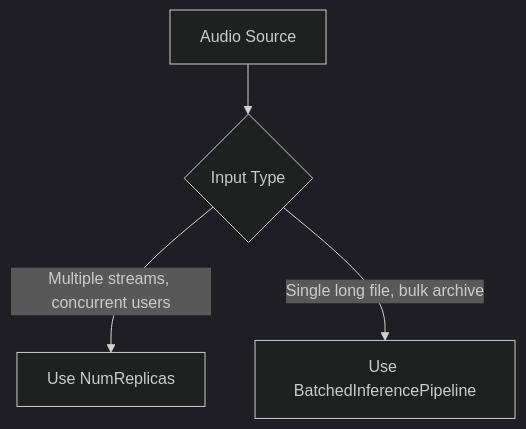
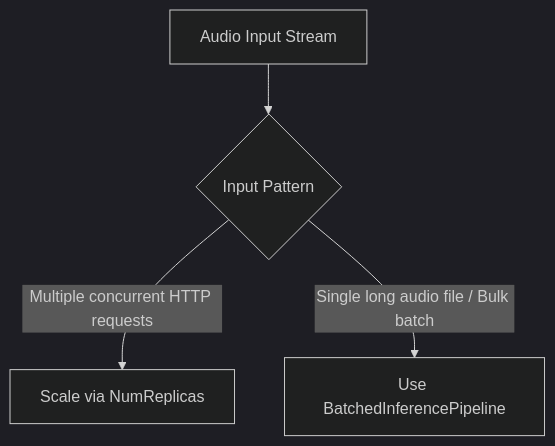
One commit to qourex/FasterWhisper.NET changed the diagram in docs/guide/api-reference.md. Above: the diagram before and after it, drawn with Mermaid (dark theme). The commit also changed other lines of this file and 19 other files, not shown here.

````diff
--- a/docs/guide/api-reference.md
+++ b/docs/guide/api-reference.md
@@ -142,6 +138,6 @@
 ```mermaid
 graph TD
-    Input[Audio Source] --> Check{Input Type}
-    Check -->|Multiple streams, concurrent users| Replicas[Use NumReplicas]
-    Check -->|Single long file, bulk archive| Batching[Use BatchedInferencePipeline]
+    Source[Audio Input Stream] --> Check{Input Pattern}
+    Check -->|Multiple concurrent HTTP requests| Replicas[Scale via NumReplicas]
+    Check -->|Single long audio file / Bulk batch| Batching[Use BatchedInferencePipeline]
 ```
````
